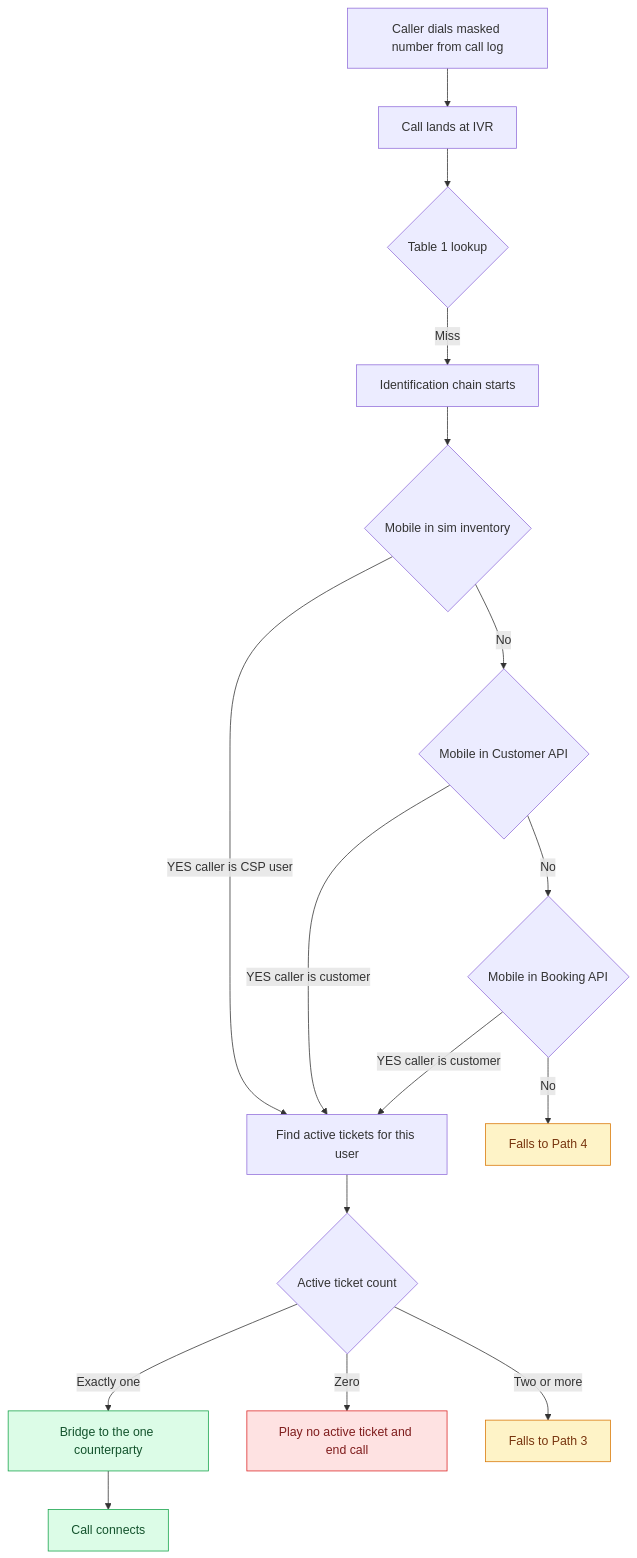
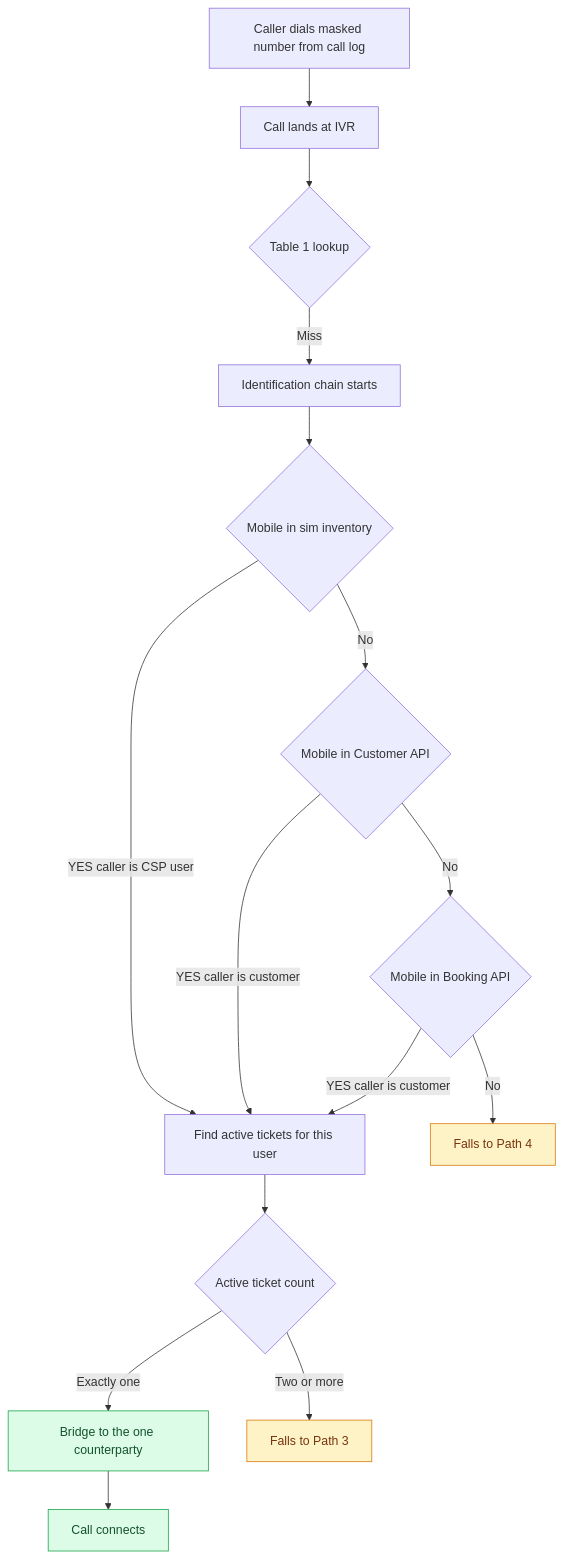
One commit to ashish-raj-wiom/IVR-Routing-Solutioning changed the diagram in diagrams/src/path2.mmd. Above: the diagram before and after it, drawn with Mermaid. The commit also changed 4 other files, not shown here.

First line of the commit message:
Fix: 'no active ticket' audios belong to Call Center / Trust Line, not IVR Masked number

```diff
--- a/diagrams/src/path2.mmd
+++ b/diagrams/src/path2.mmd
@@ -1,23 +1,20 @@
 flowchart TD
     A[Caller dials masked number from call log] --> B[Call lands at IVR]
     B --> C{Table 1 lookup}
     C -->|Miss| D[Identification chain starts]
     D --> S1{Mobile in sim inventory}
     S1 -->|YES caller is CSP user| Find[Find active tickets for this user]
     S1 -->|No| S2{Mobile in Customer API}
     S2 -->|YES caller is customer| Find
     S2 -->|No| S3{Mobile in Booking API}
     S3 -->|YES caller is customer| Find
     S3 -->|No| P4[Falls to Path 4]
     Find --> Count{Active ticket count}
     Count -->|Exactly one| Bridge[Bridge to the one counterparty]
-    Count -->|Zero| Dead[Play no active ticket and end call]
     Count -->|Two or more| P3[Falls to Path 3]
     Bridge --> Done[Call connects]
 
     classDef good fill:#dcfce7,stroke:#16a34a,color:#14532d
-    classDef bad fill:#fee2e2,stroke:#dc2626,color:#7f1d1d
     classDef warn fill:#fef3c7,stroke:#d97706,color:#78350f
     class Bridge,Done good
-    class Dead bad
     class P3,P4 warn
```
